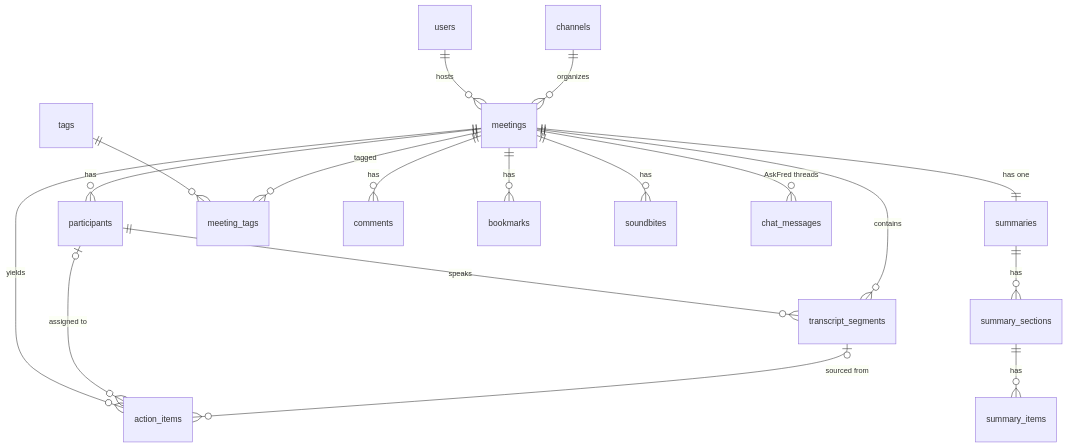
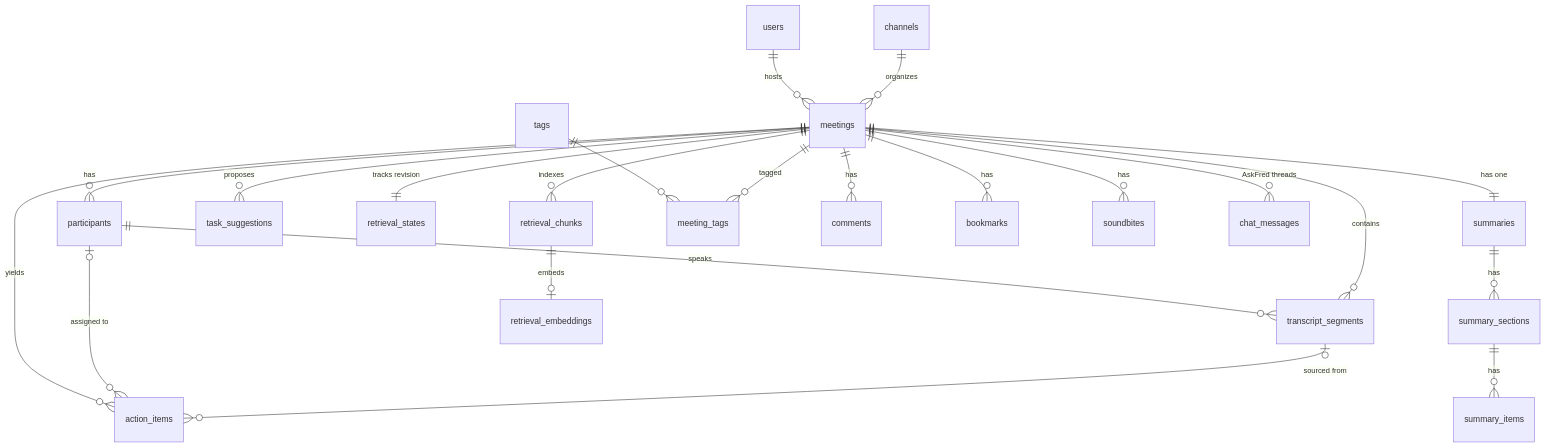
Before and after one commit to vishesh7124/fireflies-clone-scaler: the second of 3 diagrams in README.md, drawn with Mermaid. The commit also changed other lines of this file and 64 other files, not shown here.

````diff
--- a/README.md
+++ b/README.md
@@ -86,20 +88,24 @@
 ```mermaid
 erDiagram
   users ||--o{ meetings : "hosts"
   channels ||--o{ meetings : "organizes"
   meetings ||--o{ participants : "has"
   participants ||--o{ transcript_segments : "speaks"
   meetings ||--o{ transcript_segments : "contains"
   meetings ||--|| summaries : "has one"
   summaries ||--o{ summary_sections : "has"
   summary_sections ||--o{ summary_items : "has"
   meetings ||--o{ action_items : "yields"
+  meetings ||--o{ task_suggestions : "proposes"
+  meetings ||--|| retrieval_states : "tracks revision"
+  meetings ||--o{ retrieval_chunks : "indexes"
+  retrieval_chunks ||--o| retrieval_embeddings : "embeds"
   participants |o--o{ action_items : "assigned to"
   transcript_segments |o--o{ action_items : "sourced from"
   tags ||--o{ meeting_tags : ""
   meetings ||--o{ meeting_tags : "tagged"
   meetings ||--o{ comments : "has"
   meetings ||--o{ bookmarks : "has"
   meetings ||--o{ soundbites : "has"
   meetings ||--o{ chat_messages : "AskFred threads"
 ```
````
